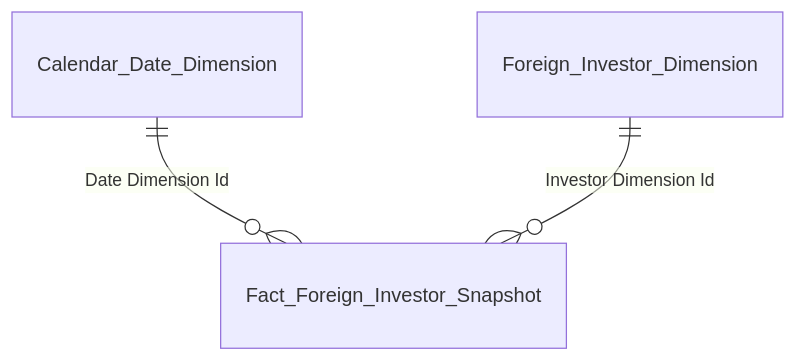
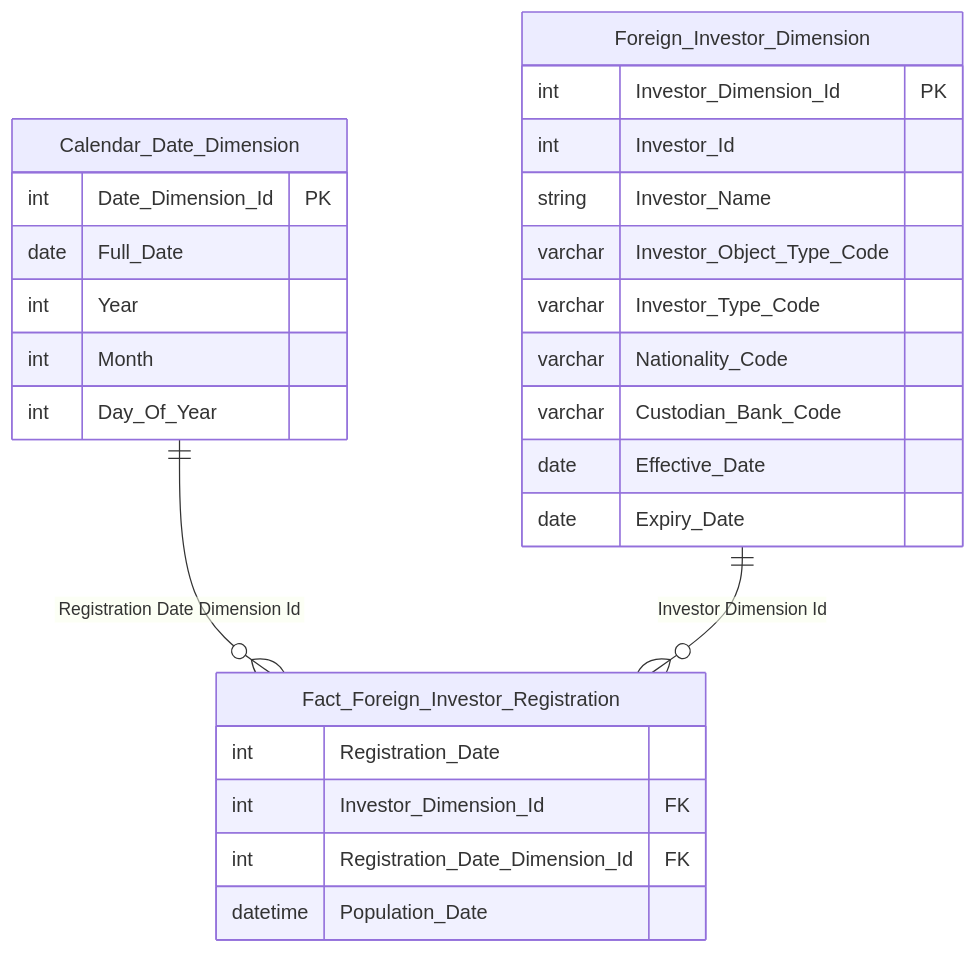
Before and after one commit to linhlvit/ubck_atomic_design: the seventh of 28 diagrams in Gold/hld/GOLD_NDTNN_HLD.md, drawn with Mermaid. The commit also changed other lines of this file and 12 other files, not shown here.

````diff
--- a/Gold/hld/GOLD_NDTNN_HLD.md
+++ b/Gold/hld/GOLD_NDTNN_HLD.md
@@ -68,5 +314,30 @@
 ```mermaid
 erDiagram
-    Calendar_Date_Dimension ||--o{ Fact_Foreign_Investor_Snapshot : "Date Dimension Id"
-    Foreign_Investor_Dimension ||--o{ Fact_Foreign_Investor_Snapshot : "Investor Dimension Id"
+    Calendar_Date_Dimension {
+        int Date_Dimension_Id PK
+        date Full_Date
+        int Year
+        int Month
+        int Day_Of_Year
+    }
+    Foreign_Investor_Dimension {
+        int Investor_Dimension_Id PK
+        int Investor_Id
+        string Investor_Name
+        varchar Investor_Object_Type_Code
+        varchar Investor_Type_Code
+        varchar Nationality_Code
+        varchar Custodian_Bank_Code
+        date Effective_Date
+        date Expiry_Date
+    }
+    Fact_Foreign_Investor_Registration {
+        int Registration_Date
+        int Investor_Dimension_Id FK
+        int Registration_Date_Dimension_Id FK
+        datetime Population_Date
+    }
+
+    Calendar_Date_Dimension ||--o{ Fact_Foreign_Investor_Registration : "Registration Date Dimension Id"
+    Foreign_Investor_Dimension ||--o{ Fact_Foreign_Investor_Registration : "Investor Dimension Id"
 ```
````
